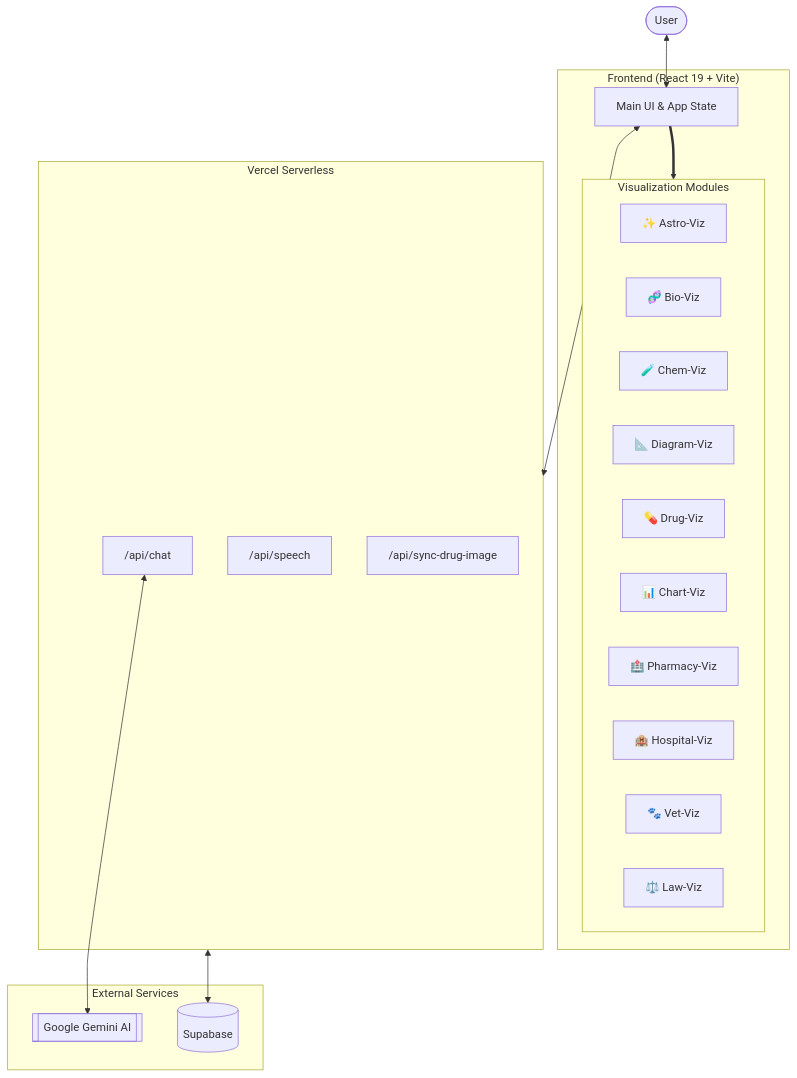
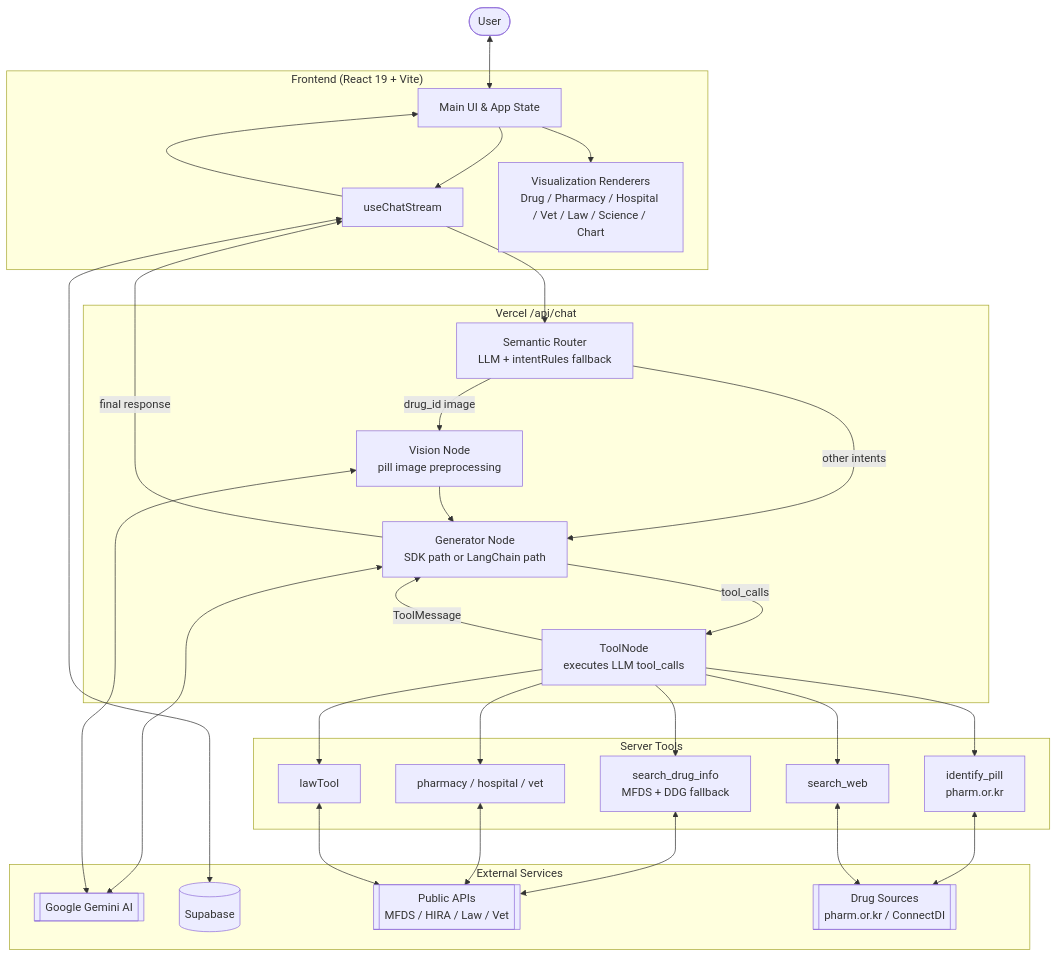
The first of 6 diagrams in README.md (jpjp92/chat-agent), drawn with Mermaid before and after one commit. The commit also changed other lines of this file, not shown here.

Commit message:
feat: Gemini 3.5 Flash 모델 추가 및 기능 설명 업데이트

````diff
--- a/README.md
+++ b/README.md
@@ -72,28 +82,58 @@
 ```mermaid
 flowchart TB
     User([User])
 
     subgraph Frontend ["Frontend (React 19 + Vite)"]
         UI[Main UI & App State]
-        subgraph Visualizers ["Visualization Modules"]
-            Astro["✨ Astro-Viz"] & Bio["🧬 Bio-Viz"] & Chem["🧪 Chem-Viz"]
-            Diagram["📐 Diagram-Viz"] & Drug["💊 Drug-Viz"] & Charts["📊 Chart-Viz"]
-            Pharmacy["🏥 Pharmacy-Viz"] & Hospital["🏨 Hospital-Viz"] & Vet["🐾 Vet-Viz"] & Law["⚖️ Law-Viz"]
-        end
+        Stream[useChatStream]
+        Renderers["Visualization Renderers\nDrug / Pharmacy / Hospital / Vet / Law / Science / Chart"]
     end
 
-    subgraph Backend ["Vercel Serverless"]
-        ChatPipe["/api/chat"] & TTS["/api/speech"] & Sync["/api/sync-drug-image"]
+    subgraph ChatAPI ["Vercel /api/chat"]
+        Router["Semantic Router\nLLM + intentRules fallback"]
+        Vision["Vision Node\npill image preprocessing"]
+        Generator["Generator Node\nSDK path or LangChain path"]
+        ToolNode["ToolNode\nexecutes LLM tool_calls"]
     end
 
-    subgraph Providers ["External Services"]
+    subgraph Tools ["Server Tools"]
+        DrugLookup["identify_pill\npharm.or.kr"]
+        DrugInfo["search_drug_info\nMFDS + DDG fallback"]
+        LocationTools["pharmacy / hospital / vet"]
+        LawTool["lawTool"]
+        WebSearch["search_web"]
+    end
+
+    subgraph External ["External Services"]
         Gemini[["Google Gemini AI"]]
         Supabase[("Supabase")]
+        PublicAPIs[["Public APIs\nMFDS / HIRA / Law / Vet"]]
+        DrugSites[["Drug Sources\npharm.or.kr / ConnectDI"]]
     end
 
     User <--> UI
-    UI ==> Visualizers
-    UI <--> Backend
-    ChatPipe <--> Gemini
-    Backend <--> Supabase
+    UI --> Stream
+    Stream --> Router
+    Router -- "drug_id image" --> Vision
+    Router -- "other intents" --> Generator
+    Vision --> Generator
+    Generator -- "tool_calls" --> ToolNode
+    ToolNode -- "ToolMessage" --> Generator
+    Generator -- "final response" --> Stream
+    Stream --> UI
+    UI --> Renderers
+
+    Generator <--> Gemini
+    Vision <--> Gemini
+    ToolNode --> DrugLookup
+    ToolNode --> DrugInfo
+    ToolNode --> LocationTools
+    ToolNode --> LawTool
+    ToolNode --> WebSearch
+    DrugLookup <--> DrugSites
+    DrugInfo <--> PublicAPIs
+    LocationTools <--> PublicAPIs
+    LawTool <--> PublicAPIs
+    WebSearch <--> DrugSites
+    Stream <--> Supabase
 ```
````
